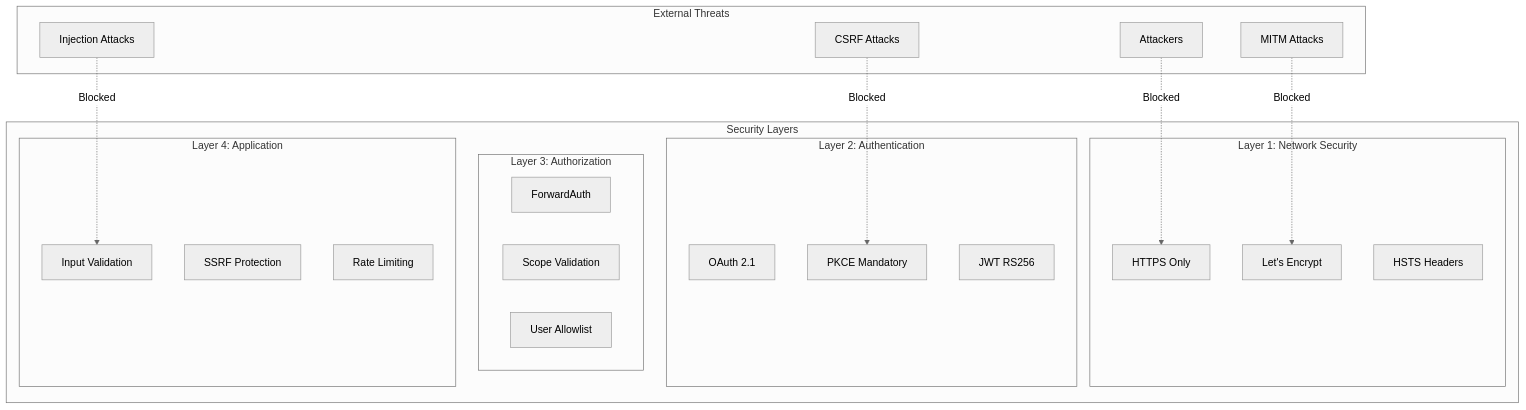
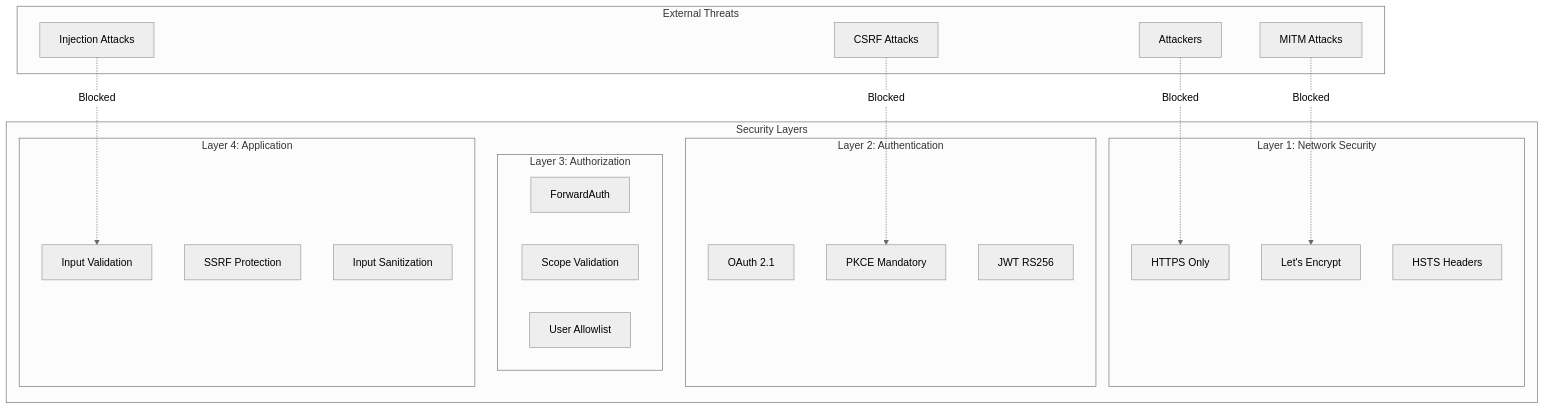
Before and after one commit to atrawog/mcp-oauth-gateway: the diagram in docs/architecture/security.md, drawn with Mermaid (neutral theme). The commit also changed other lines of this file and 31 other files, not shown here.

````diff
--- a/docs/architecture/security.md
+++ b/docs/architecture/security.md
@@ -7,40 +7,40 @@
 ```{mermaid}
 graph TB
     subgraph "External Threats"
         ATTACKER[Attackers]
         MITM[MITM Attacks]
         CSRF[CSRF Attacks]
         INJECT[Injection Attacks]
     end
 
     subgraph "Security Layers"
         subgraph "Layer 1: Network Security"
             HTTPS[HTTPS Only]
             CERT[Let's Encrypt]
             HSTS[HSTS Headers]
         end
 
         subgraph "Layer 2: Authentication"
             OAUTH[OAuth 2.1]
             PKCE[PKCE Mandatory]
             JWT[JWT RS256]
         end
 
         subgraph "Layer 3: Authorization"
             FORWARD[ForwardAuth]
             SCOPE[Scope Validation]
             ALLOW[User Allowlist]
         end
 
         subgraph "Layer 4: Application"
             VALID[Input Validation]
             SSRF[SSRF Protection]
-            RATE[Rate Limiting]
+            VALID2[Input Sanitization]
         end
     end
 
     ATTACKER -.->|Blocked| HTTPS
     MITM -.->|Blocked| CERT
     CSRF -.->|Blocked| PKCE
     INJECT -.->|Blocked| VALID
 ```
````
